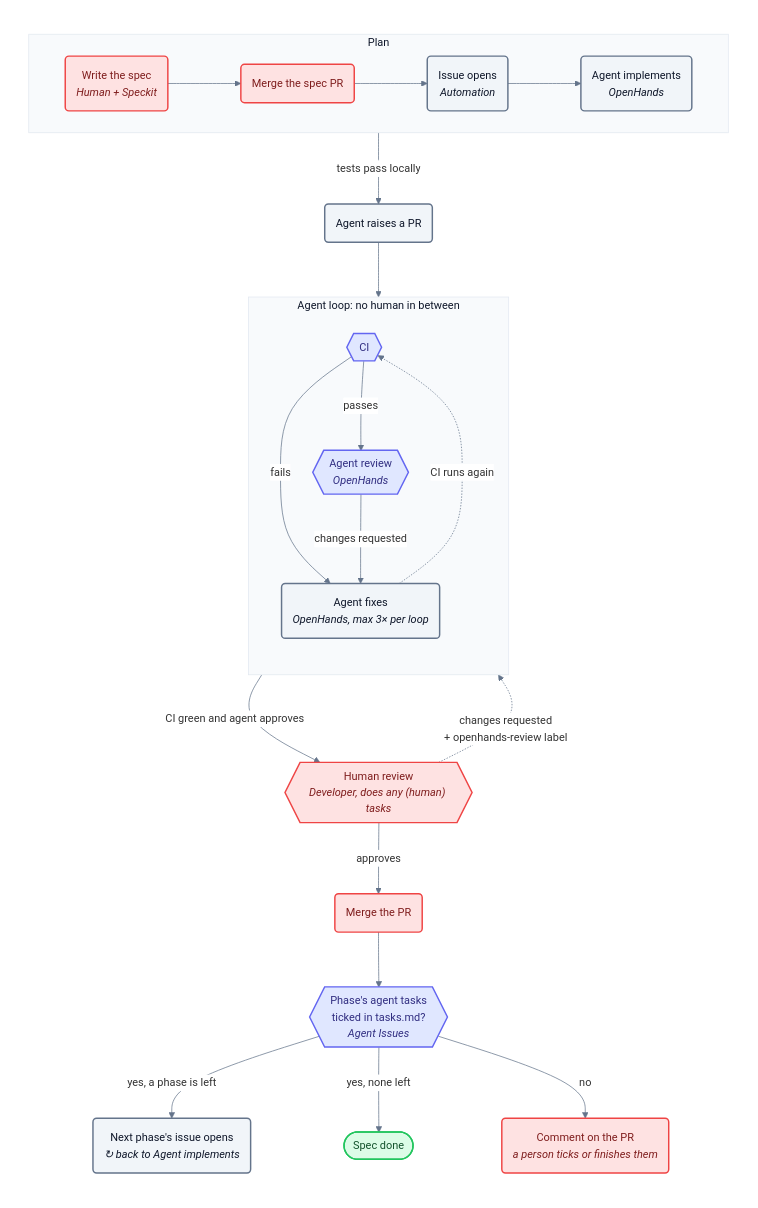
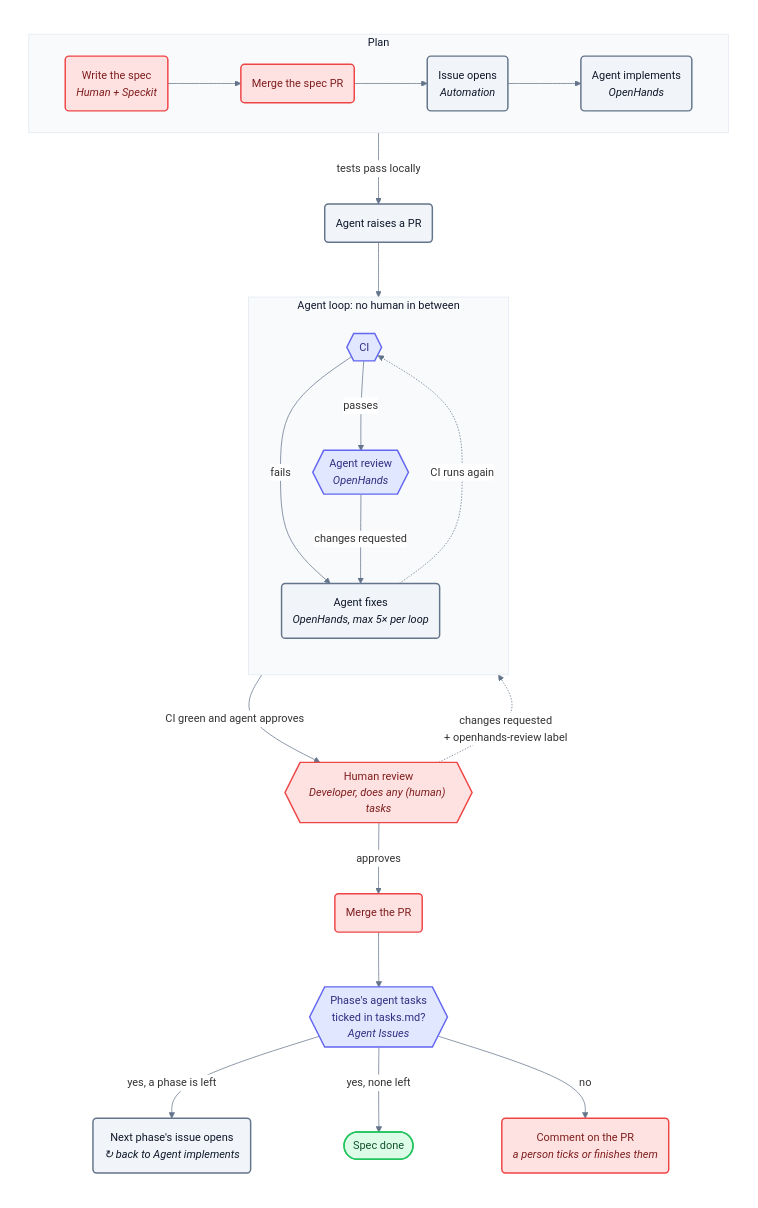
One commit to AlexTo/agentic-sdlc changed the diagram in docs/diagrams/agentic-loop.mmd. Above: the diagram before and after it, drawn with Mermaid. The commit also changed 25 other files, not shown here.

```diff
--- a/docs/diagrams/agentic-loop.mmd
+++ b/docs/diagrams/agentic-loop.mmd
@@ -1,51 +1,51 @@
 %%{init: {"theme": "base", "flowchart": {"curve": "basis", "nodeSpacing": 40, "rankSpacing": 50}, "themeVariables": {"fontFamily": "Inter, system-ui, sans-serif", "fontSize": "15px", "lineColor": "#64748b", "background": "#ffffff", "textColor": "#0f172a", "titleColor": "#0f172a", "edgeLabelBackground": "#ffffff", "clusterBkg": "#f8fafc", "clusterBorder": "#e2e8f0"}}}%%
 flowchart TB
     subgraph ALL[" "]
     direction TB
     subgraph PLAN["Plan"]
         direction LR
         S("`Write the spec
 _Human + Speckit_`") --> M1("Merge the spec PR")
         M1 --> I("`Issue opens
 _Automation_`")
         I --> IMPL("`Agent implements
 _OpenHands_`")
     end
 
     subgraph VERIFY["Agent loop: no human in between"]
         direction TB
         CI{{"CI"}} -- "passes" --> AR{{"`Agent review
 _OpenHands_`"}}
         CI -- "fails" --> FIX("`Agent fixes
-_OpenHands, max 3× per loop_`")
+_OpenHands, max 5× per loop_`")
         AR -- "changes requested" --> FIX
         FIX -. "CI runs again" .-> CI
     end
 
     PLAN -- "tests pass locally" --> PR("Agent raises a PR")
     PR --> VERIFY
     VERIFY -- "CI green and agent approves" --> HR{{"`Human review
 _Developer, does any (human) tasks_`"}}
     HR -- "approves" --> MERGED("Merge the PR")
     MERGED --> TICK{{"`Phase's agent tasks
 ticked in tasks.md?
 _Agent Issues_`"}}
     TICK -- "yes, a phase is left" --> NEXT("`Next phase's issue opens
 _↻ back to Agent implements_`")
     TICK -- "yes, none left" --> Done(["Spec done"])
     TICK -- "no" --> STALL("`Comment on the PR
 _a person ticks or finishes them_`")
     HR -. "changes requested<br/>+ openhands-review label" .-> VERIFY
 
     end
     style ALL fill:#ffffff,stroke:#ffffff,color:#ffffff
 
     classDef human fill:#fee2e2,stroke:#ef4444,stroke-width:2px,color:#7f1d1d
     classDef agent fill:#f1f5f9,stroke:#64748b,stroke-width:2px,color:#0f172a
     classDef gate fill:#e0e7ff,stroke:#6366f1,stroke-width:2px,color:#312e81
     classDef done fill:#dcfce7,stroke:#22c55e,stroke-width:2px,color:#14532d
     class S,M1 human
     class I,IMPL,PR,FIX,NEXT agent
     class CI,AR,TICK gate
     class HR,MERGED,STALL human
     class Done done
```
